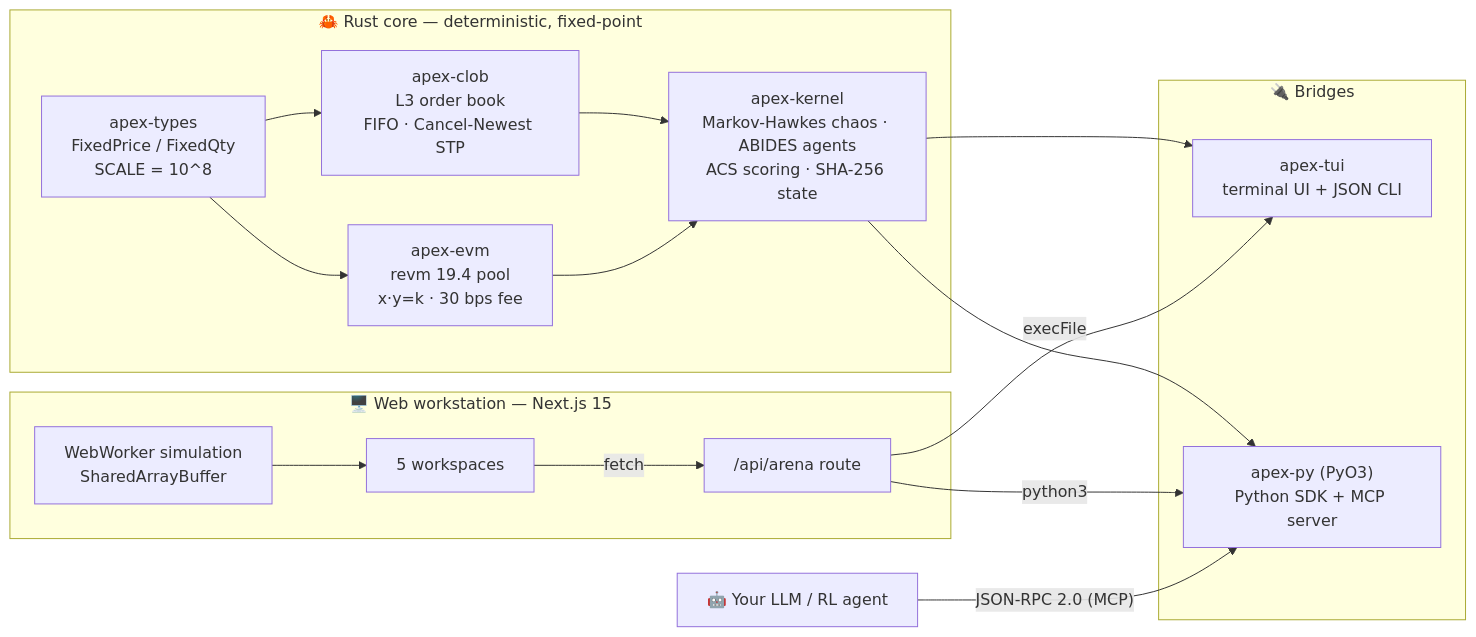
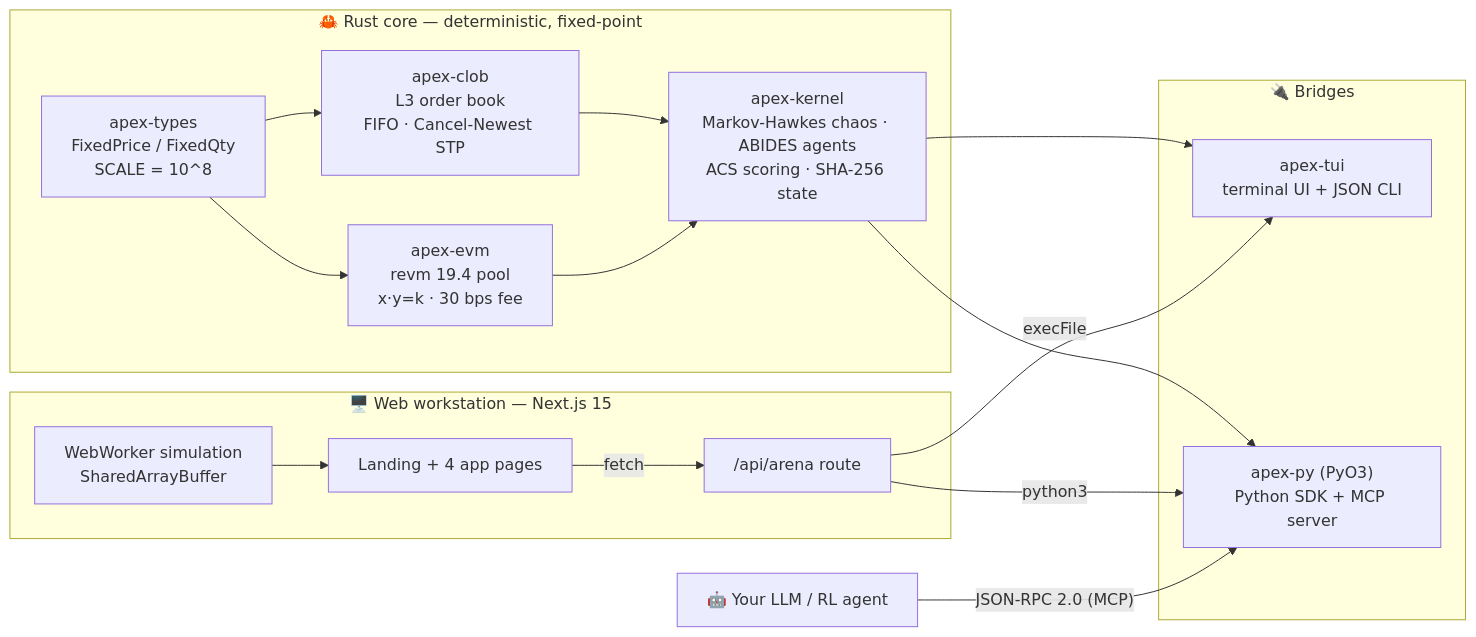
Before and after one commit to priyanshu-mishra/Apex-Arena: the first of 2 diagrams in README.md, drawn with Mermaid. The commit also changed other lines of this file and 8 other files, not shown here.

````diff
--- a/README.md
+++ b/README.md
@@ -64,26 +64,26 @@
 ```mermaid
 flowchart LR
     subgraph CORE["🦀 Rust core — deterministic, fixed-point"]
         T["apex-types<br/>FixedPrice / FixedQty<br/>SCALE = 10^8"]
         C["apex-clob<br/>L3 order book<br/>FIFO · Cancel-Newest STP"]
         E["apex-evm<br/>revm 19.4 pool<br/>x·y=k · 30 bps fee"]
         K["apex-kernel<br/>Markov-Hawkes chaos · ABIDES agents<br/>ACS scoring · SHA-256 state"]
         T --> C & E
         C & E --> K
     end
     subgraph BRIDGES["🔌 Bridges"]
         TUI["apex-tui<br/>terminal UI + JSON CLI"]
         PY["apex-py (PyO3)<br/>Python SDK + MCP server"]
     end
     subgraph WEB["🖥️ Web workstation — Next.js 15"]
         API["/api/arena route"]
         W["WebWorker simulation<br/>SharedArrayBuffer"]
-        UI["5 workspaces"]
+        UI["Landing + 4 app pages"]
     end
     K --> TUI & PY
     API -- execFile --> TUI
     API -- python3 --> PY
     W --> UI
     UI -- fetch --> API
     LLM["🤖 Your LLM / RL agent"] -- "JSON-RPC 2.0 (MCP)" --> PY
 ```
````
